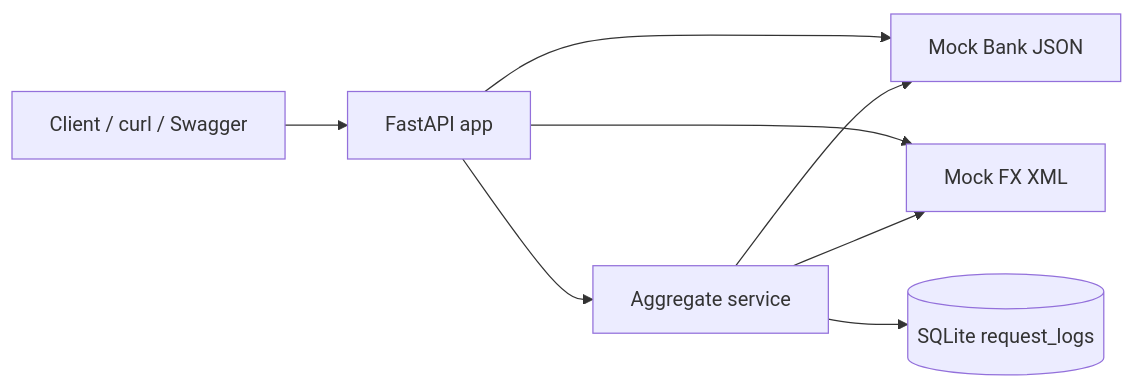
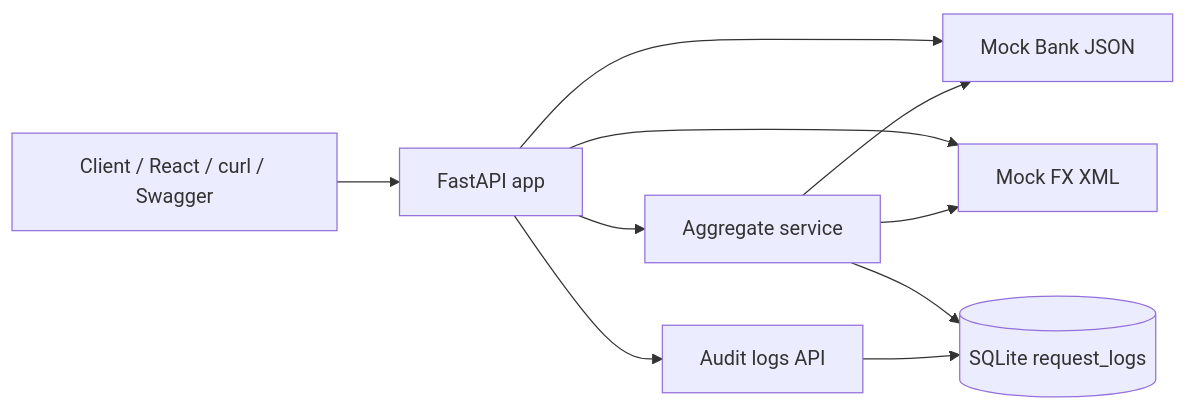
Before and after one commit to turjoy18/open-banking-integration-sandbox: the diagram in docs/architecture.md, drawn with Mermaid. The commit also changed other lines of this file and 3 other files, not shown here.

Commit message:
docs: document audit-logs API and dashboard viewer Update README, architecture, testing notes, and frontend usage for audit logs.

````diff
--- a/docs/architecture.md
+++ b/docs/architecture.md
@@ -9,10 +9,12 @@
 ```mermaid
 flowchart LR
-  Client[Client / curl / Swagger] --> API[FastAPI app]
+  Client[Client / React / curl / Swagger] --> API[FastAPI app]
   API --> Bank[Mock Bank JSON]
   API --> FX[Mock FX XML]
   API --> Agg[Aggregate service]
+  API --> Audit[Audit logs API]
   Agg --> Bank
   Agg --> FX
   Agg --> DB[(SQLite request_logs)]
+  Audit --> DB
 ```
````
